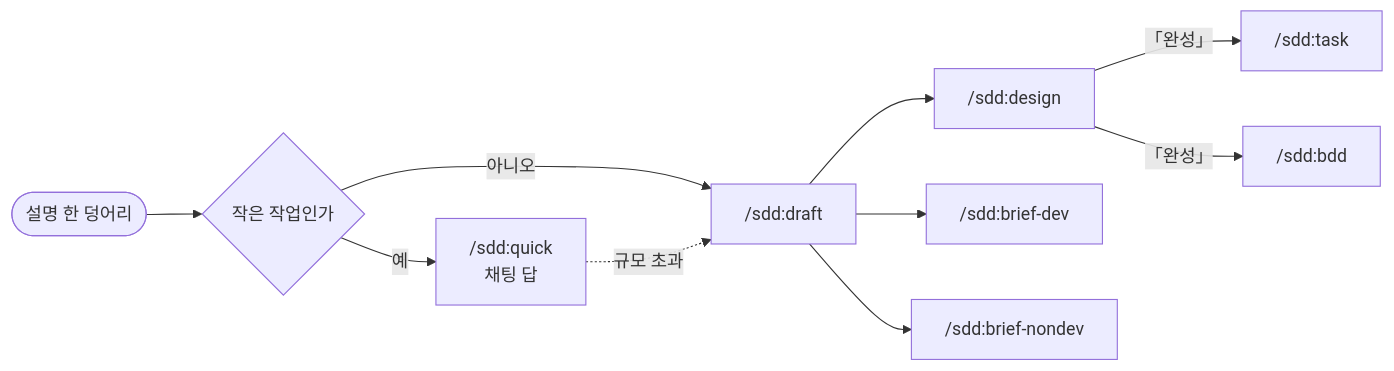
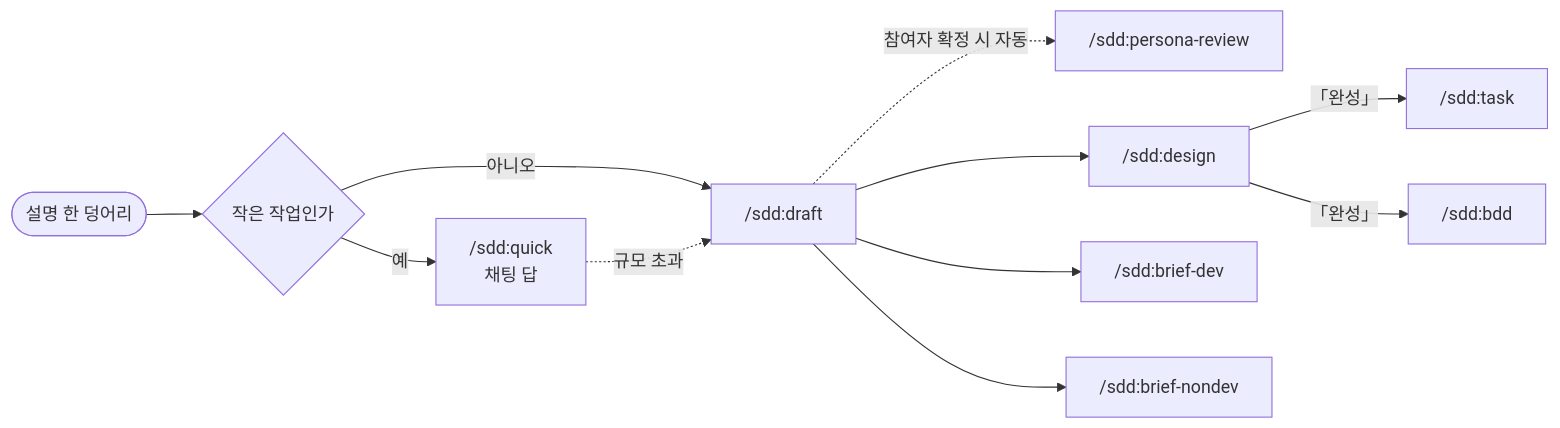
Before and after one commit to dorage/dotfiles: the diagram in claude-plugins/sdd/WORKFLOW.md, drawn with Mermaid. The commit also changed other lines of this file and 3 other files, not shown here.

````diff
--- a/claude-plugins/sdd/WORKFLOW.md
+++ b/claude-plugins/sdd/WORKFLOW.md
@@ -12,12 +12,13 @@
 ```mermaid
 flowchart LR
     start([설명 한 덩어리]) --> size{작은 작업인가}
     size -- 예 --> quick["/sdd:quick<br/>채팅 답"]
     size -- 아니오 --> draft["/sdd:draft"]
+    draft -. 참여자 확정 시 자동 .-> review["/sdd:persona-review"]
     quick -. 규모 초과 .-> draft
     draft --> design["/sdd:design"]
     draft --> bdev["/sdd:brief-dev"]
     draft --> bnon["/sdd:brief-nondev"]
     design -- 「완성」 --> task["/sdd:task"]
     design -- 「완성」 --> bdd["/sdd:bdd"]
 ```
````
